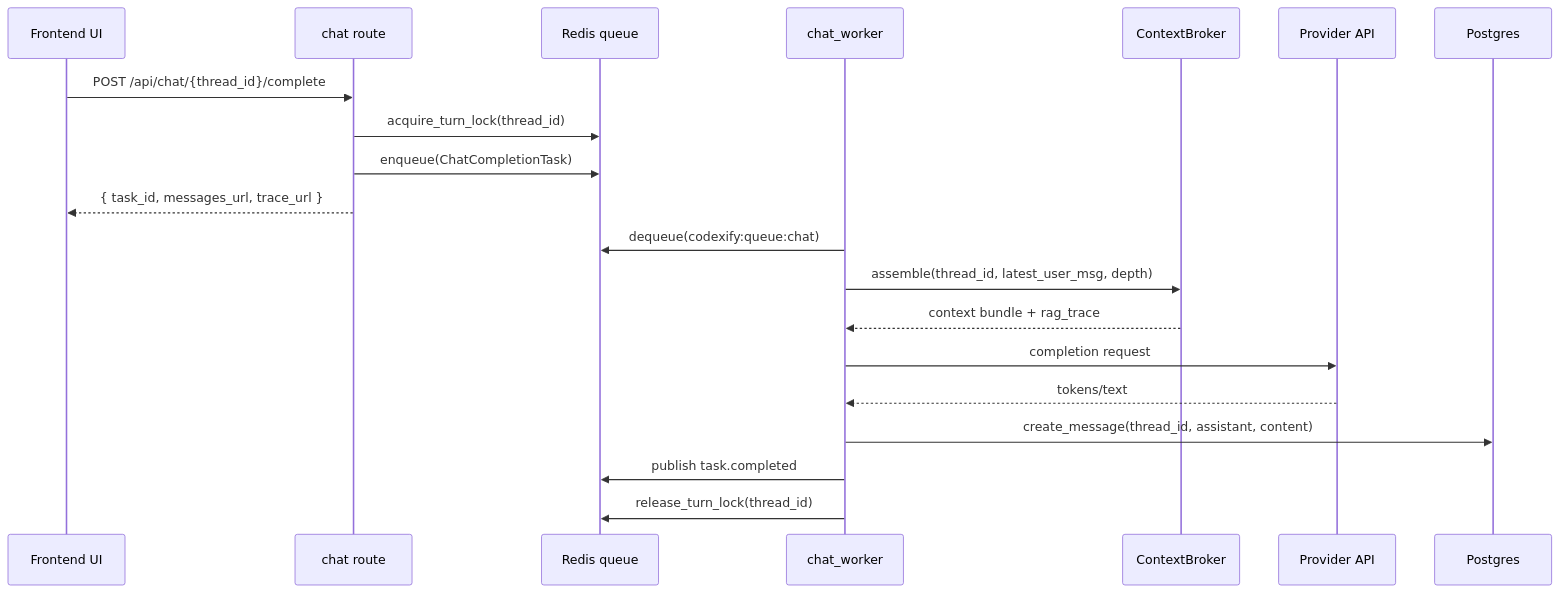
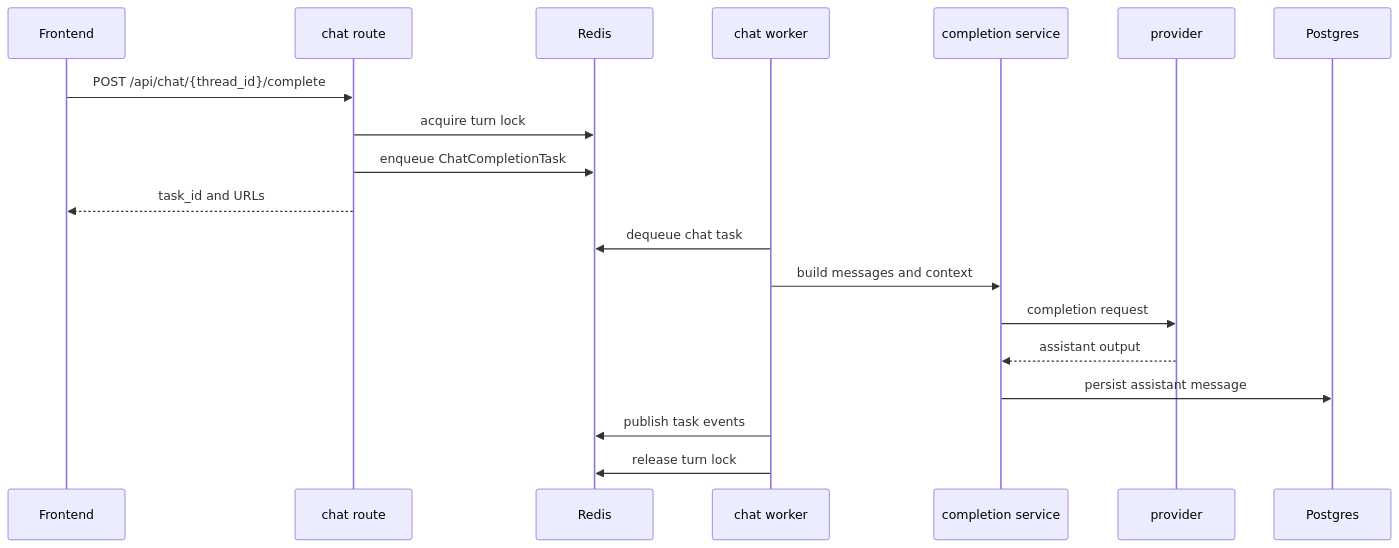
Before and after one commit to Resonant-Jones/Codexify: the first of 4 diagrams in docs/architecture/flows.md, drawn with Mermaid. The commit also changed other lines of this file and 7 other files, not shown here.

````diff
--- a/docs/architecture/flows.md
+++ b/docs/architecture/flows.md
@@ -53,24 +52,22 @@
 ```mermaid
 sequenceDiagram
-    participant UI as Frontend UI
+    participant UI as Frontend
     participant ChatAPI as chat route
-    participant Redis as Redis queue
-    participant Worker as chat_worker
-    participant Broker as ContextBroker
-    participant LLM as Provider API
+    participant Redis as Redis
+    participant Worker as chat worker
+    participant Service as completion service
+    participant LLM as provider
     participant PG as Postgres
 
     UI->>ChatAPI: POST /api/chat/{thread_id}/complete
-    ChatAPI->>Redis: acquire_turn_lock(thread_id)
-    ChatAPI->>Redis: enqueue(ChatCompletionTask)
-    ChatAPI-->>UI: { task_id, messages_url, trace_url }
-
-    Worker->>Redis: dequeue(codexify:queue:chat)
-    Worker->>Broker: assemble(thread_id, latest_user_msg, depth)
-    Broker-->>Worker: context bundle + rag_trace
-    Worker->>LLM: completion request
-    LLM-->>Worker: tokens/text
-    Worker->>PG: create_message(thread_id, assistant, content)
-    Worker->>Redis: publish task.completed
-    Worker->>Redis: release_turn_lock(thread_id)
+    ChatAPI->>Redis: acquire turn lock
+    ChatAPI->>Redis: enqueue ChatCompletionTask
+    ChatAPI-->>UI: task_id and URLs
+    Worker->>Redis: dequeue chat task
+    Worker->>Service: build messages and context
+    Service->>LLM: completion request
+    LLM-->>Service: assistant output
+    Service->>PG: persist assistant message
+    Worker->>Redis: publish task events
+    Worker->>Redis: release turn lock
 ```
````
